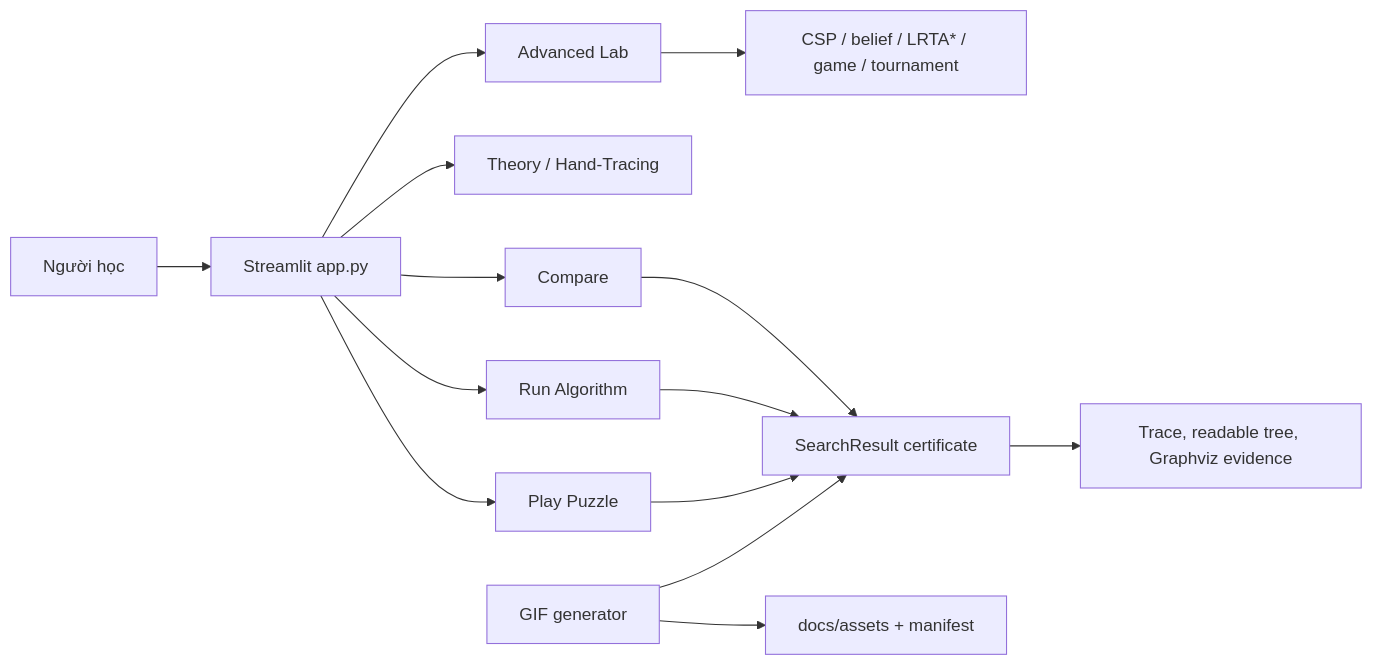
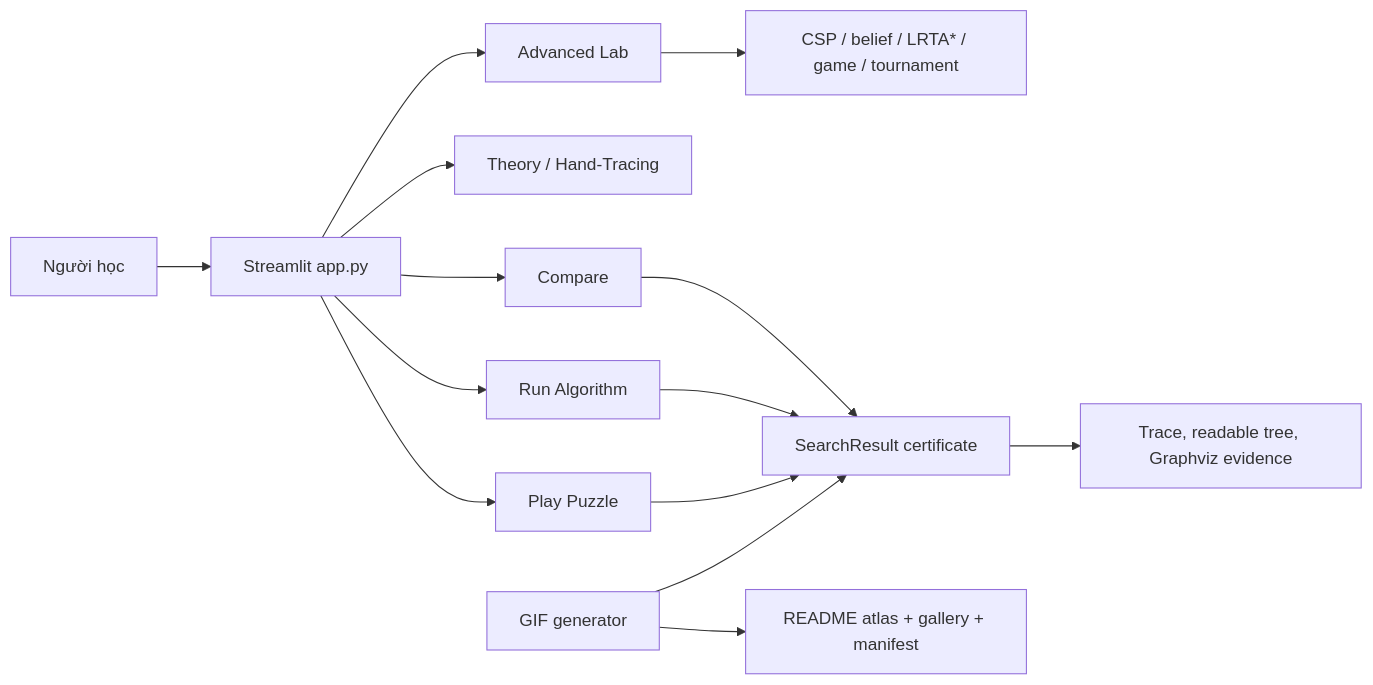
One commit to JasonTM17/AI_Algothrithm_Study_University changed the diagram in docs/system-architecture.md. Above: the diagram before and after it, drawn with Mermaid. The commit also changed other lines of this file and 57 other files, not shown here.

Commit message:
feat(readme): expand verified algorithm gif atlas

````diff
--- a/docs/system-architecture.md
+++ b/docs/system-architecture.md
@@ -3,16 +3,16 @@
 ```mermaid
 flowchart LR
     U["Người học"] --> S["Streamlit app.py"]
     S --> P["Play Puzzle"]
     S --> R["Run Algorithm"]
     S --> C["Compare"]
     S --> T["Theory / Hand-Tracing"]
     S --> A["Advanced Lab"]
     R --> M["SearchResult certificate"]
     C --> M
     P --> M
     M --> V["Trace, readable tree, Graphviz evidence"]
     A --> X["CSP / belief / LRTA* / game / tournament"]
-    G["GIF generator"] --> D["docs/assets + manifest"]
+    G["GIF generator"] --> D["README atlas + gallery + manifest"]
     G --> M
 ```
````
